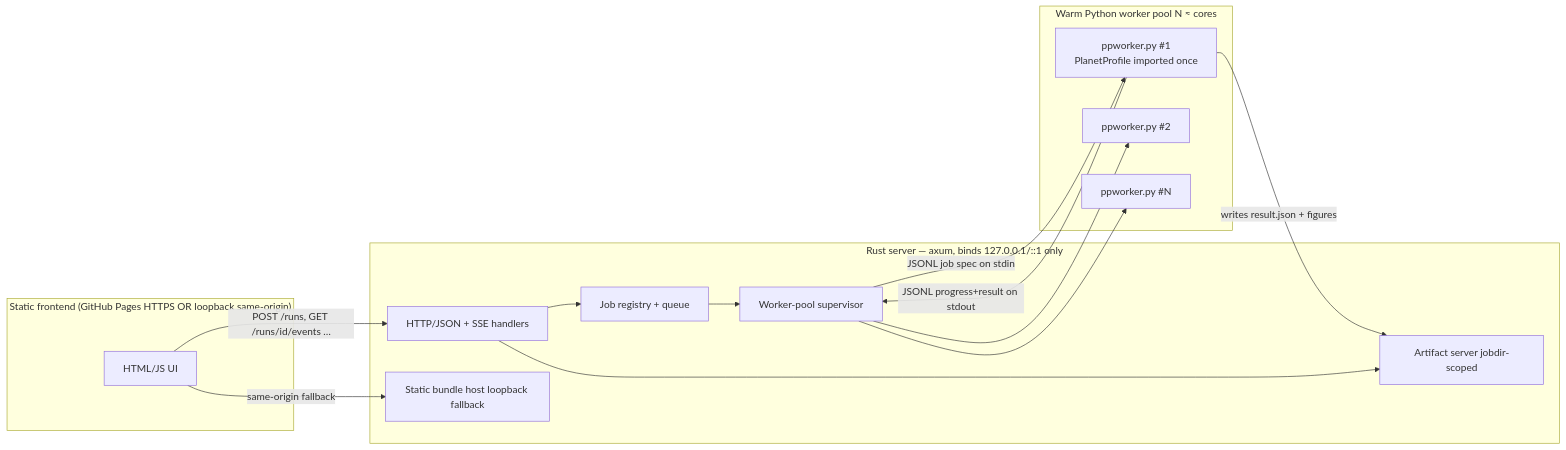
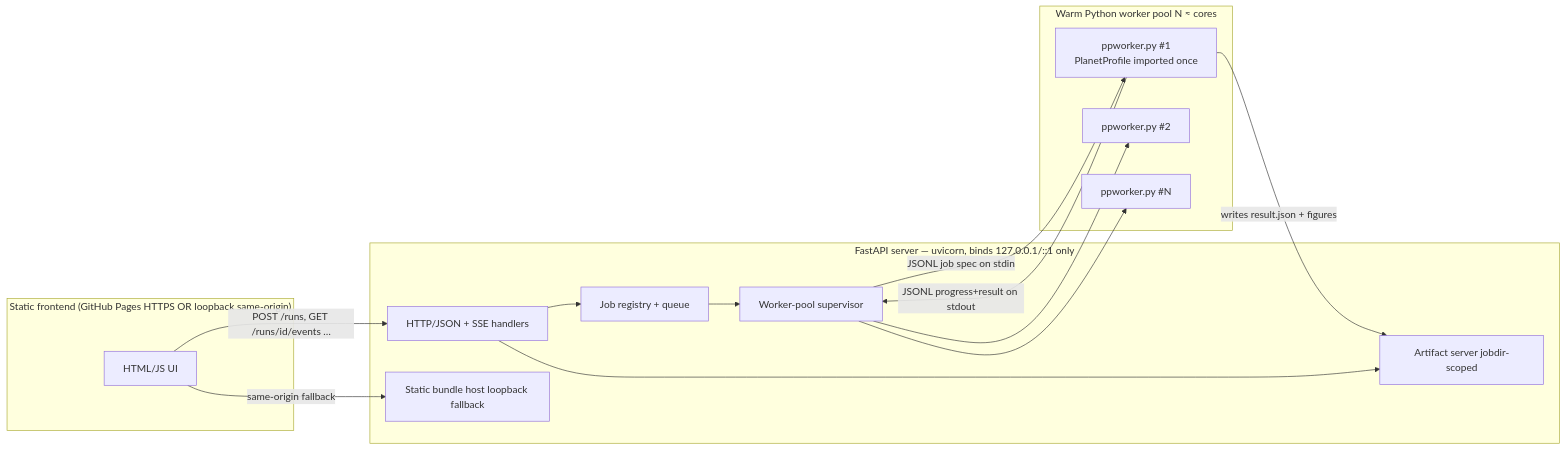
The fourth of 5 diagrams in docs/spec/MoonMelodies_Spec_and_Refactor.md (9LiveZZZ-Git/MoonMelodies), drawn with Mermaid before and after one commit. The commit also changed other lines of this file, not shown here.

First line of the commit message:
docs(spec): pivot backend from Rust to all-Python (FastAPI)

````diff
--- a/docs/spec/MoonMelodies_Spec_and_Refactor.md
+++ b/docs/spec/MoonMelodies_Spec_and_Refactor.md
@@ -1007,27 +1011,27 @@
 ```mermaid
 flowchart LR
   subgraph Browser["Static frontend (GitHub Pages HTTPS  OR  loopback same-origin)"]
     UI[HTML/JS UI]
   end
-  subgraph Rust["Rust server — axum, binds 127.0.0.1/::1 only"]
+  subgraph Backend["FastAPI server — uvicorn, binds 127.0.0.1/::1 only"]
     API[HTTP/JSON + SSE handlers]
     REG[Job registry + queue]
     SUP[Worker-pool supervisor]
     ART[Artifact server jobdir-scoped]
     STAT[Static bundle host loopback fallback]
   end
   subgraph PyPool["Warm Python worker pool  N ≈ cores"]
     W1[ppworker.py #1<br/>PlanetProfile imported once]
     W2[ppworker.py #2]
     Wn[ppworker.py #N]
   end
   UI -->|POST /runs, GET /runs/id/events …| API
   API --> REG --> SUP
   SUP -->|JSONL job spec on stdin| W1
   W1 -->|JSONL progress+result on stdout| SUP
   SUP --> W2
   SUP --> Wn
   W1 -->|writes result.json + figures| ART
   API --> ART
   UI -->|same-origin fallback| STAT
 ```
````
